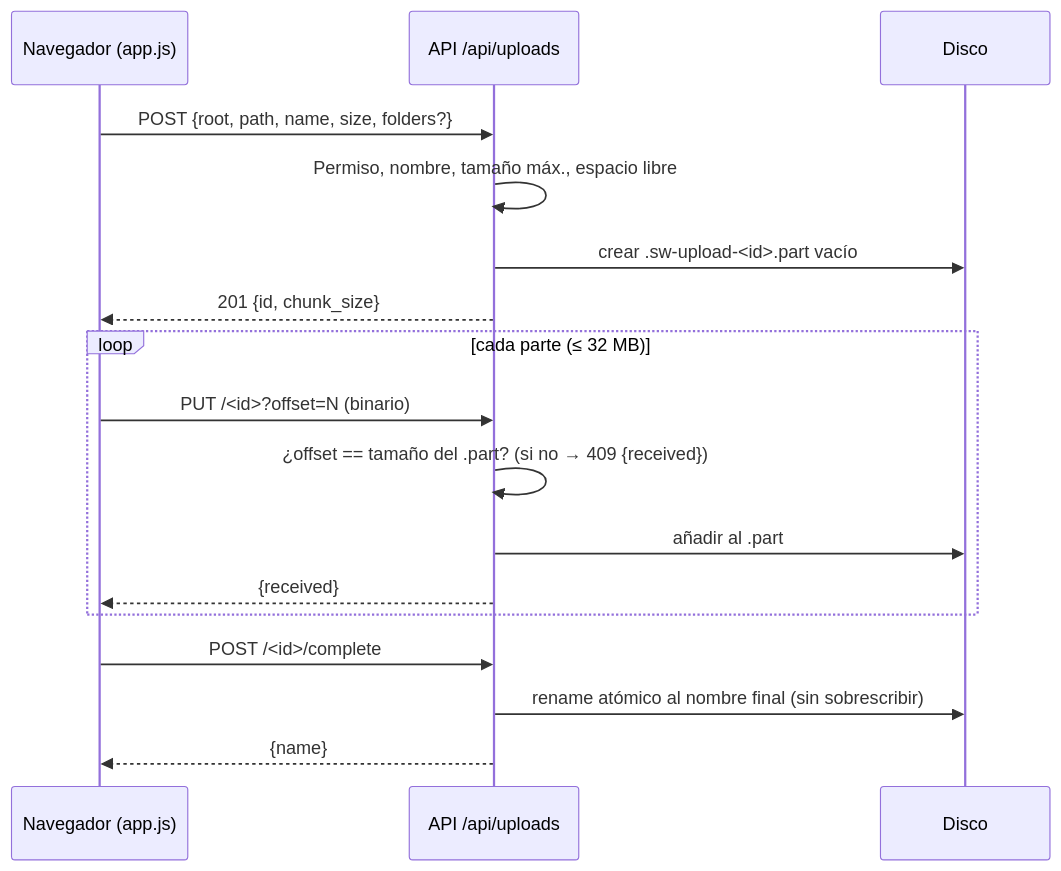
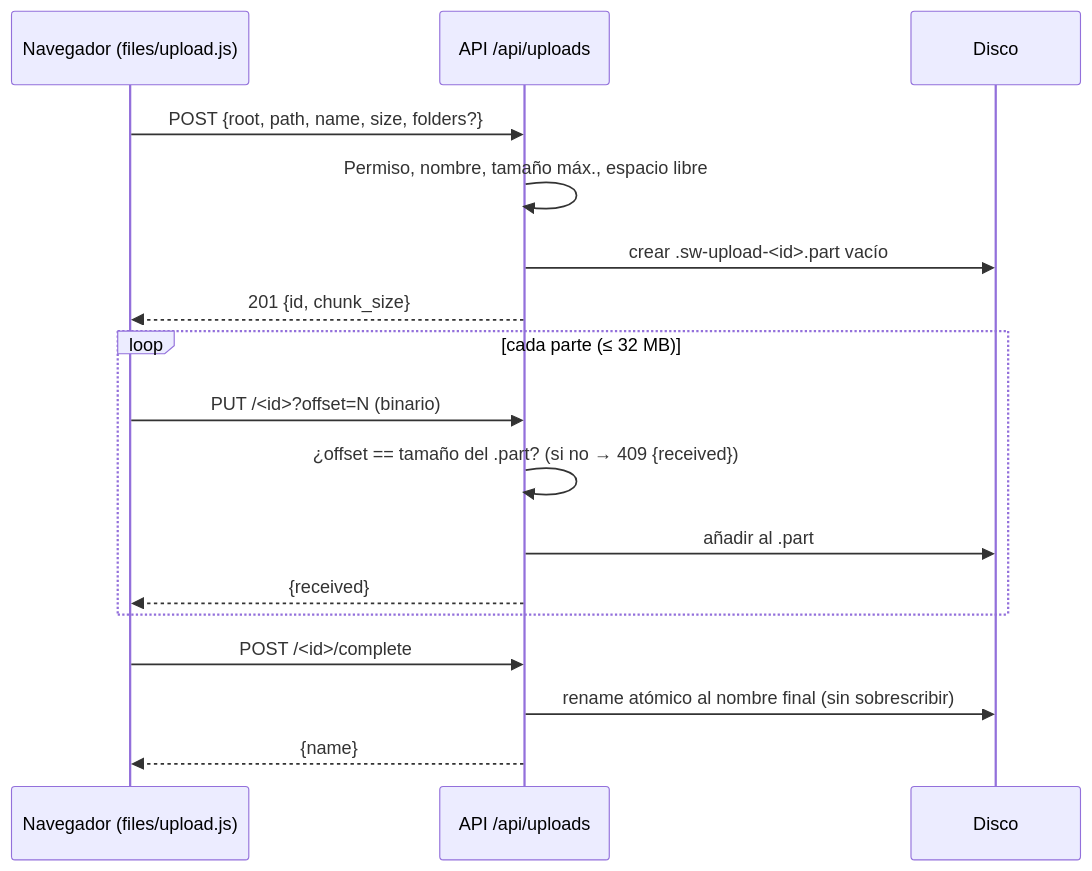
One commit to vsc55/StorageWeb changed the third of 4 diagrams in docs/arquitectura/flujos.md. Above: the diagram before and after it, drawn with Mermaid. The commit also changed 18 other files, not shown here.

````diff
--- a/docs/arquitectura/flujos.md
+++ b/docs/arquitectura/flujos.md
@@ -54,19 +54,19 @@
 ```mermaid
 sequenceDiagram
-    participant N as Navegador (app.js)
+    participant N as Navegador (files/upload.js)
     participant S as API /api/uploads
     participant D as Disco
     N->>S: POST {root, path, name, size, folders?}
     S->>S: Permiso, nombre, tamaño máx., espacio libre
     S->>D: crear .sw-upload-<id>.part vacío
     S-->>N: 201 {id, chunk_size}
     loop cada parte (≤ 32 MB)
         N->>S: PUT /<id>?offset=N (binario)
         S->>S: ¿offset == tamaño del .part? (si no → 409 {received})
         S->>D: añadir al .part
         S-->>N: {received}
     end
     N->>S: POST /<id>/complete
     S->>D: rename atómico al nombre final (sin sobrescribir)
     S-->>N: {name}
 ```
````
